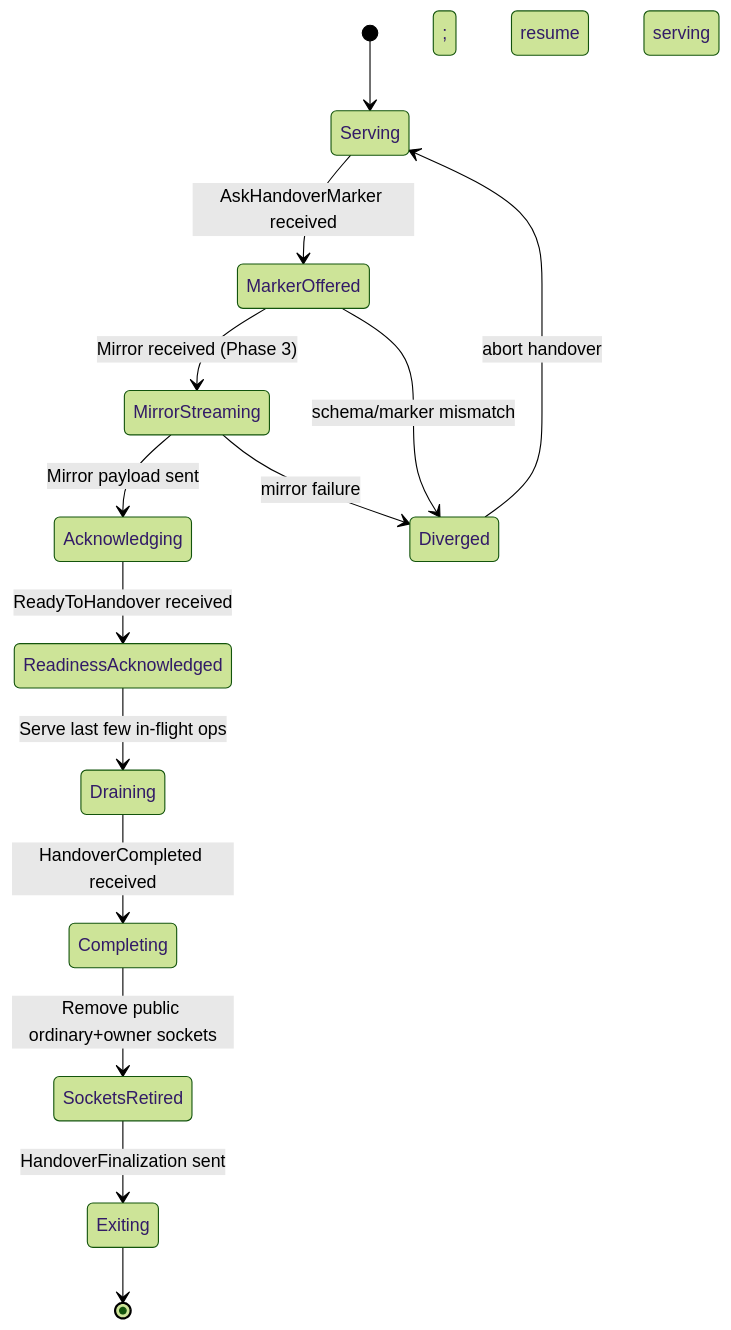
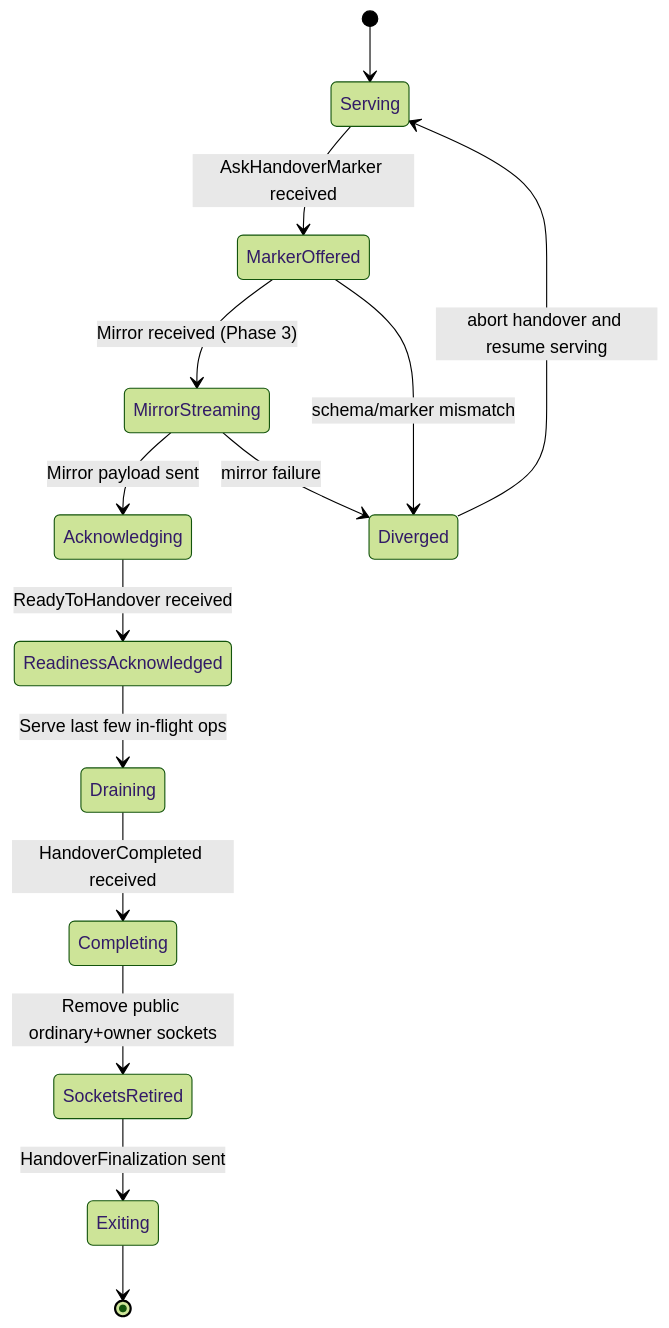
Before and after one commit to LiGoldragon/primary: the second of 3 diagrams in reports/second-designer/175-upgrade-mechanism-full-design-2026-05-25.md, drawn with Mermaid (forest theme). The commit also changed other lines of this file and 1 other file, not shown here.

Commit message:
second-designer: /175 fix — mermaid syntax (semicolons in labels, arrow spacing, Note text) + copy+migrate database (not shared) per psyche 2026-05-25 intents 543+544; skills/mermaid.md adds state-diagram + note-semicolon + arrow-spacing + uniform-label-sizing patterns

````diff
--- a/reports/second-designer/175-upgrade-mechanism-full-design-2026-05-25.md
+++ b/reports/second-designer/175-upgrade-mechanism-full-design-2026-05-25.md
@@ -136,17 +139,17 @@
 ```mermaid
 stateDiagram-v2
     [*] --> Serving
     Serving --> MarkerOffered: AskHandoverMarker received
     MarkerOffered --> MirrorStreaming: Mirror received (Phase 3)
     MirrorStreaming --> Acknowledging: Mirror payload sent
     Acknowledging --> ReadinessAcknowledged: ReadyToHandover received
     ReadinessAcknowledged --> Draining: Serve last few in-flight ops
     Draining --> Completing: HandoverCompleted received
     Completing --> SocketsRetired: Remove public ordinary+owner sockets
     SocketsRetired --> Exiting: HandoverFinalization sent
     Exiting --> [*]
 
     MarkerOffered --> Diverged: schema/marker mismatch
     MirrorStreaming --> Diverged: mirror failure
-    Diverged --> Serving: abort handover; resume serving
+    Diverged --> Serving: abort handover and resume serving
 ```
````
